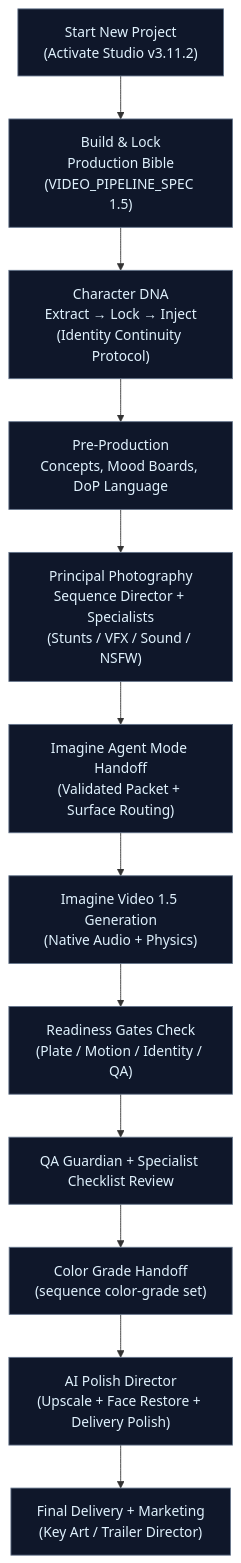
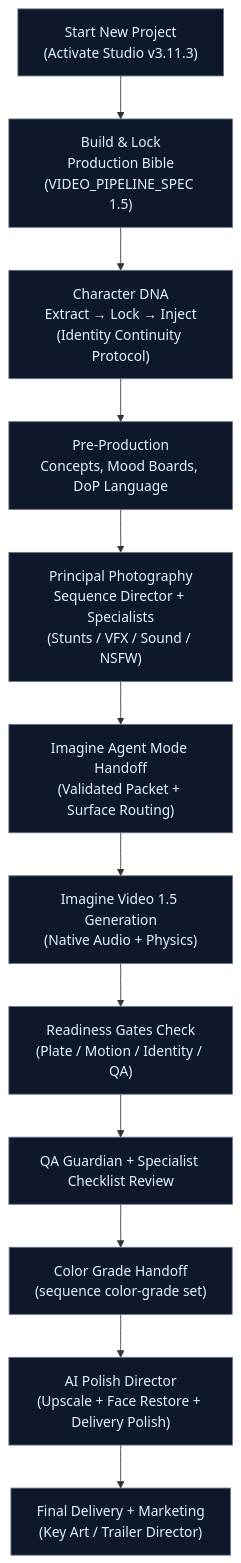
One commit to FineComputer14451/Grok-Imagine-Cinematic-Studio changed the second of 2 diagrams in README.md. Above: the diagram before and after it, drawn with Mermaid. The commit also changed other lines of this file and 44 other files, not shown here.

````diff
--- a/README.md
+++ b/README.md
@@ -182,17 +189,17 @@
 ```mermaid
 flowchart TD
-    Start["Start New Project<br/>(Activate Studio v3.11.2)"] --> Bible["Build & Lock<br/>Production Bible<br/>(VIDEO_PIPELINE_SPEC 1.5)"]
+    Start["Start New Project<br/>(Activate Studio v3.11.3)"] --> Bible["Build & Lock<br/>Production Bible<br/>(VIDEO_PIPELINE_SPEC 1.5)"]
     Bible --> DNA["Character DNA<br/>Extract → Lock → Inject<br/>(Identity Continuity Protocol)"]
     DNA --> PreProd["Pre-Production<br/>Concepts, Mood Boards, DoP Language"]
     PreProd --> Principal["Principal Photography<br/>Sequence Director + Specialists<br/>(Stunts / VFX / Sound / NSFW)"]
     Principal --> Handoff["Imagine Agent Mode Handoff<br/>(Validated Packet + Surface Routing)"]
     Handoff --> Generate["Imagine Video 1.5 Generation<br/>(Native Audio + Physics)"]
     Generate --> Gates["Readiness Gates Check<br/>(Plate / Motion / Identity / QA)"]
     Gates --> Review["QA Guardian + Specialist Checklist Review"]
     Review --> Color["Color Grade Handoff<br/>(sequence color-grade set)"]
     Color --> Polish["AI Polish Director<br/>(Upscale + Face Restore + Delivery Polish)"]
     Polish --> Deliver["Final Delivery + Marketing<br/>(Key Art / Trailer Director)"]
 
     classDef step fill:#0f172a,stroke:#64748b,color:#e0f2fe
     class Start,Bible,DNA,PreProd,Principal,Handoff,Generate,Gates,Review,Color,Polish,Deliver step
 ```
````
